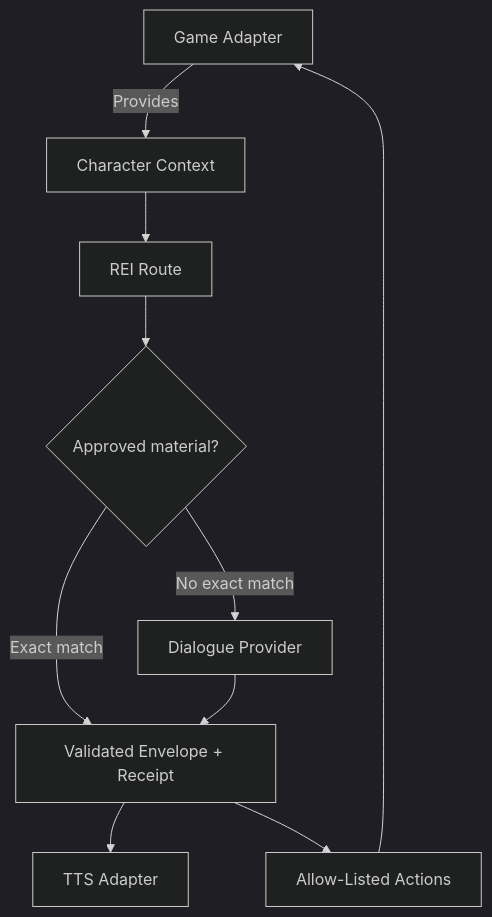
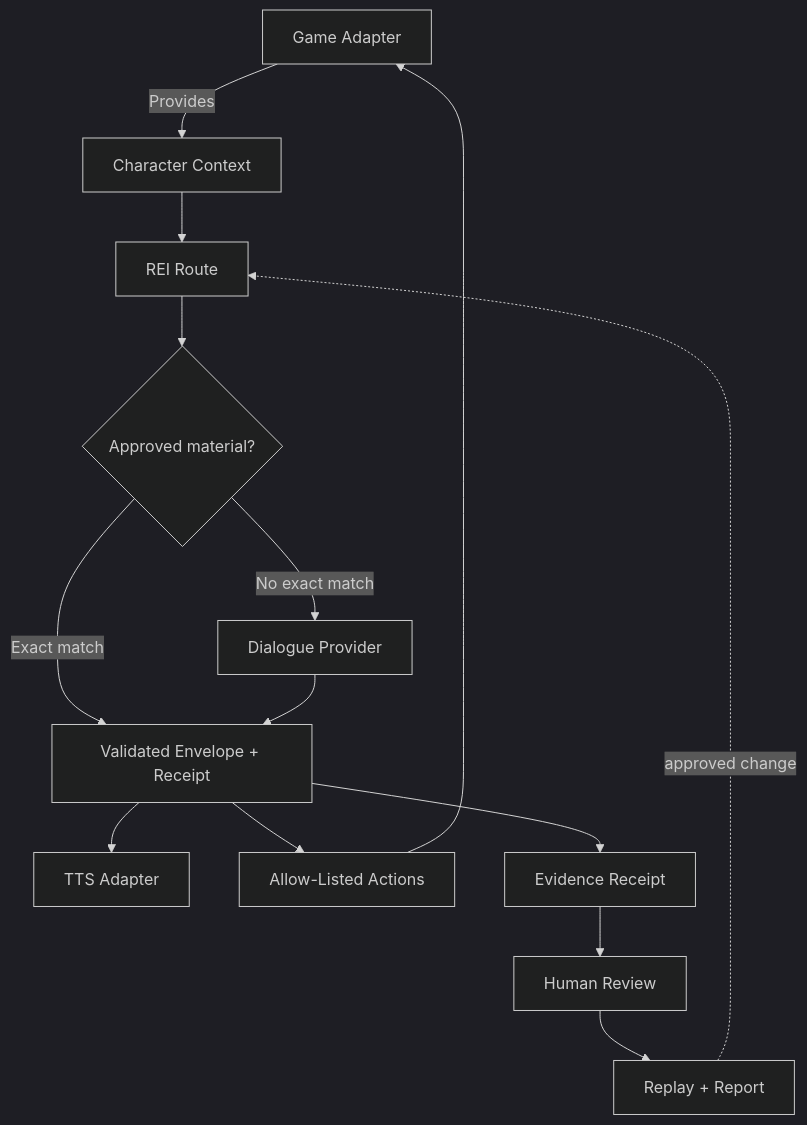
The diagram in README.md (aaronmarchant96-max/rei-character-runtime), drawn with Mermaid (dark theme) before and after one commit. The commit also changed other lines of this file, not shown here.

````diff
--- a/README.md
+++ b/README.md
@@ -255,12 +299,16 @@
 ```mermaid
 flowchart TD
     A[Game Adapter] -->|Provides| B[Character Context]
     B --> C[REI Route]
     C --> H{Approved material?}
     H -->|No exact match| D[Dialogue Provider]
     H -->|Exact match| F
     D --> F[Validated Envelope + Receipt]
     F --> E[TTS Adapter]
     F --> G[Allow-Listed Actions]
     G --> A
+    F --> I[Evidence Receipt]
+    I --> J[Human Review]
+    J --> K[Replay + Report]
+    K -. approved change .-> C
 ```
````
